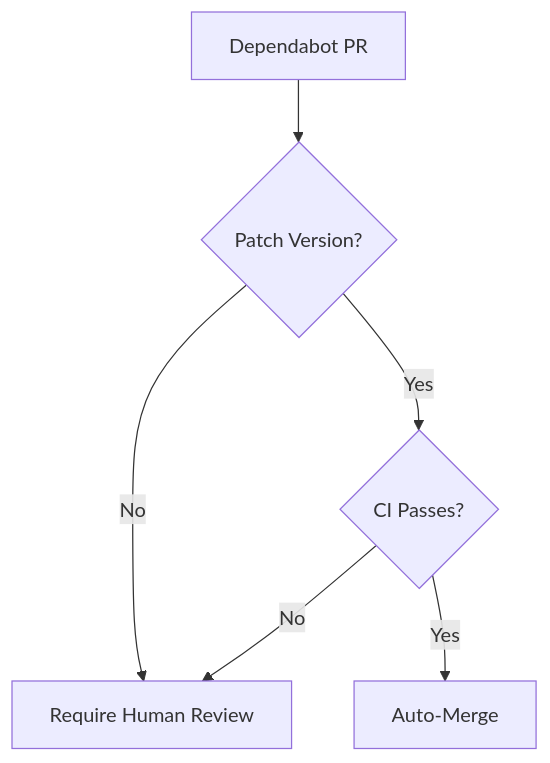
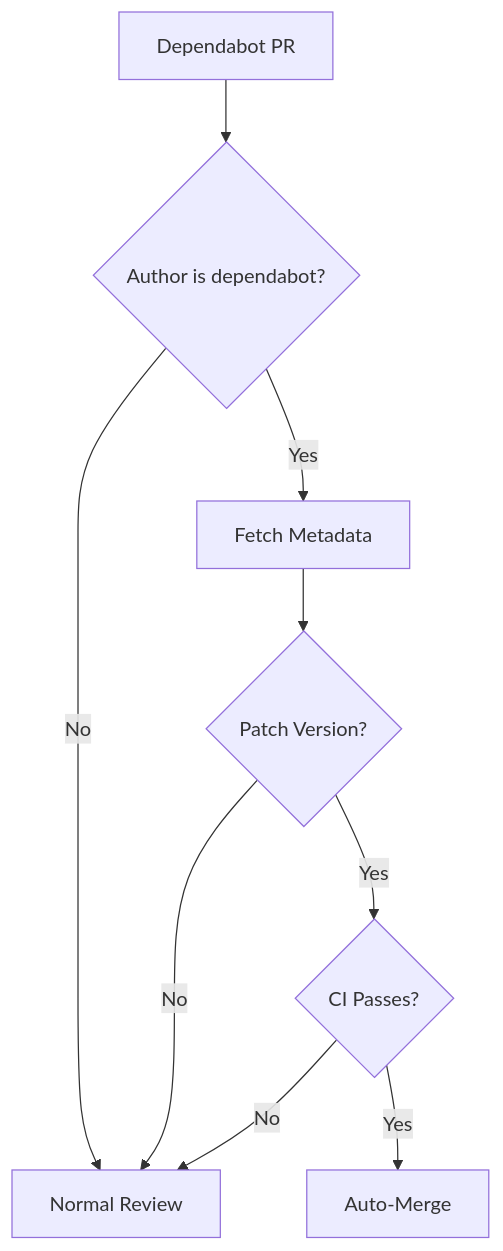
Before and after one commit to ambient-code/reference: the diagram in docs/patterns/dependabot-auto-merge.md, drawn with Mermaid. The commit also changed other lines of this file and 8 other files, not shown here.

````diff
--- a/docs/patterns/dependabot-auto-merge.md
+++ b/docs/patterns/dependabot-auto-merge.md
@@ -23,8 +47,11 @@
 ```mermaid
 flowchart TD
-    A[Dependabot PR] --> B{Patch Version?}
-    B -->|No| C[Require Human Review]
-    B -->|Yes| D{CI Passes?}
-    D -->|No| C
-    D -->|Yes| E[Auto-Merge]
+    A[Dependabot PR] --> B{Author is dependabot?}
+    B -->|No| C[Normal Review]
+    B -->|Yes| D[Fetch Metadata]
+    D --> E{Patch Version?}
+    E -->|No| C
+    E -->|Yes| F{CI Passes?}
+    F -->|No| C
+    F -->|Yes| G[Auto-Merge]
 ```
````
